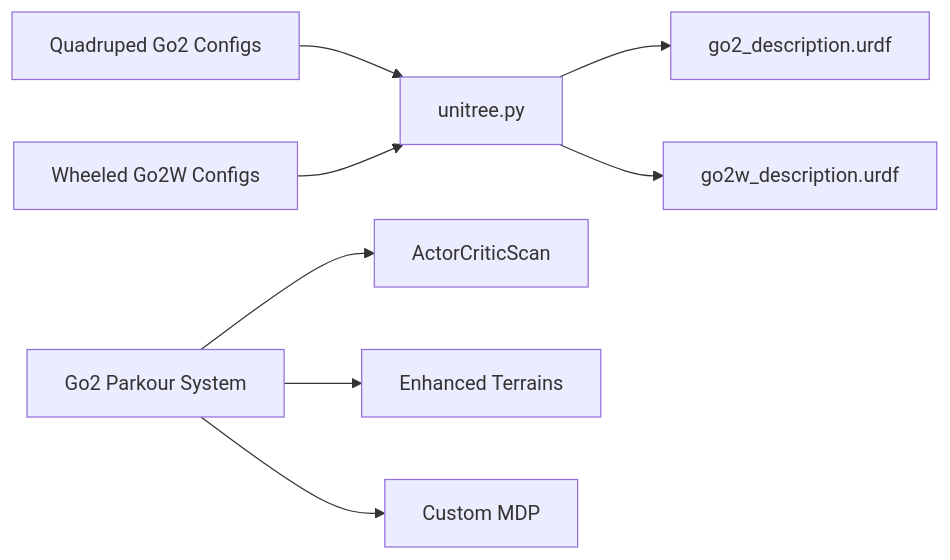
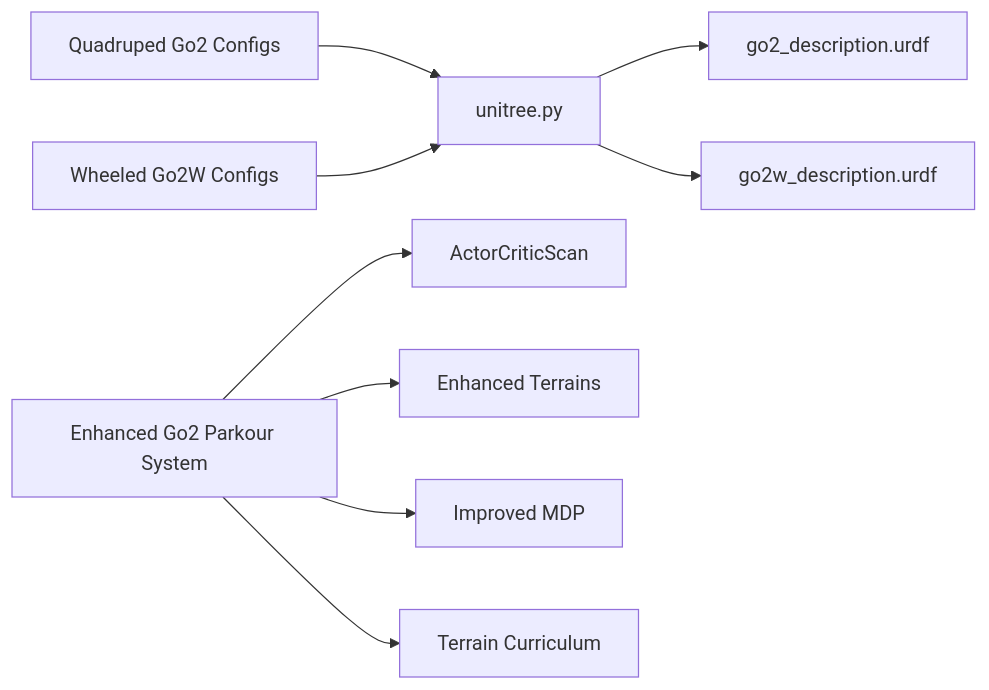
Before and after one commit to jayjayhust/robot_lab: diagram 12 of 12 in .qoder/repowiki/en/content/Robot Categories and Models/Quadruped Robots/Unitree Go2 Series.md, drawn with Mermaid. The commit also changed other lines of this file and 168 other files, not shown here.

````diff
--- a/.qoder/repowiki/en/content/Robot Categories and Models/Quadruped Robots/Unitree Go2 Series.md
+++ b/.qoder/repowiki/en/content/Robot Categories and Models/Quadruped Robots/Unitree Go2 Series.md
@@ -377,10 +477,11 @@
 ```mermaid
 graph LR
 QCfg["Quadruped Go2 Configs"] --> UAsset["unitree.py"]
 WCfg["Wheeled Go2W Configs"] --> UAsset
 UAsset --> URDFG["go2_description.urdf"]
 UAsset --> URDFGW["go2w_description.urdf"]
-GOParkour["Go2 Parkour System"] --> ActorNet["ActorCriticScan"]
+GOParkour["Enhanced Go2 Parkour System"] --> ActorNet["ActorCriticScan"]
 GOParkour --> TerrainGen["Enhanced Terrains"]
-GOParkour --> CustomMDP["Custom MDP"]
+GOParkour --> CustomMDP["Improved MDP"]
+GOParkour --> Curriculum["Terrain Curriculum"]
 ```
````
